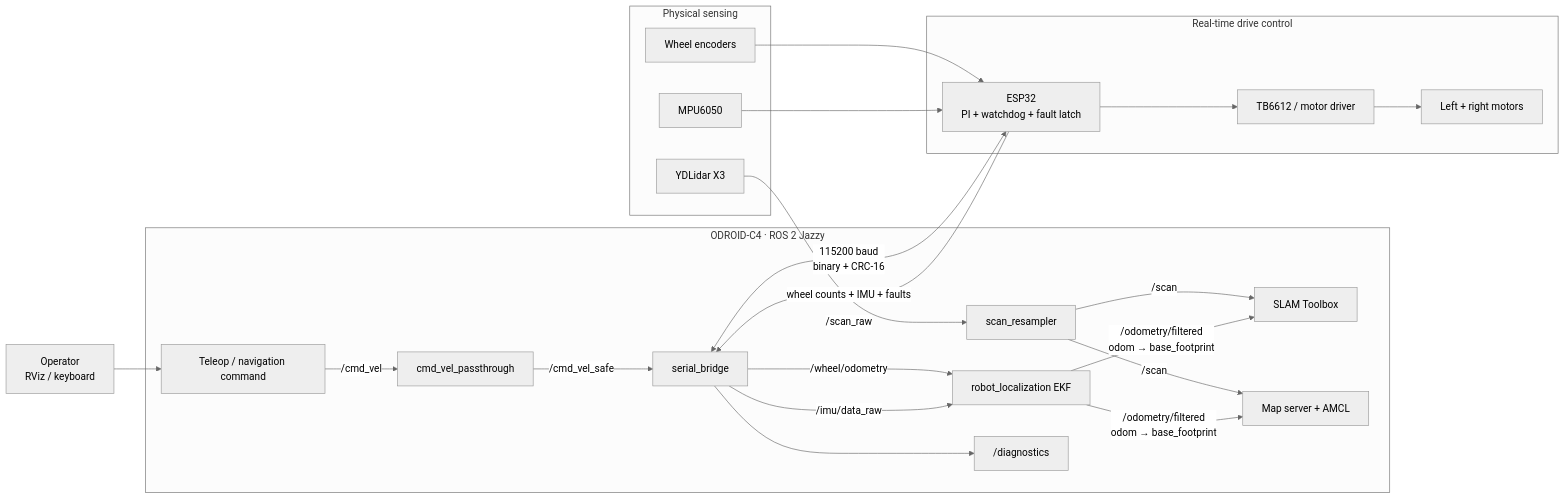
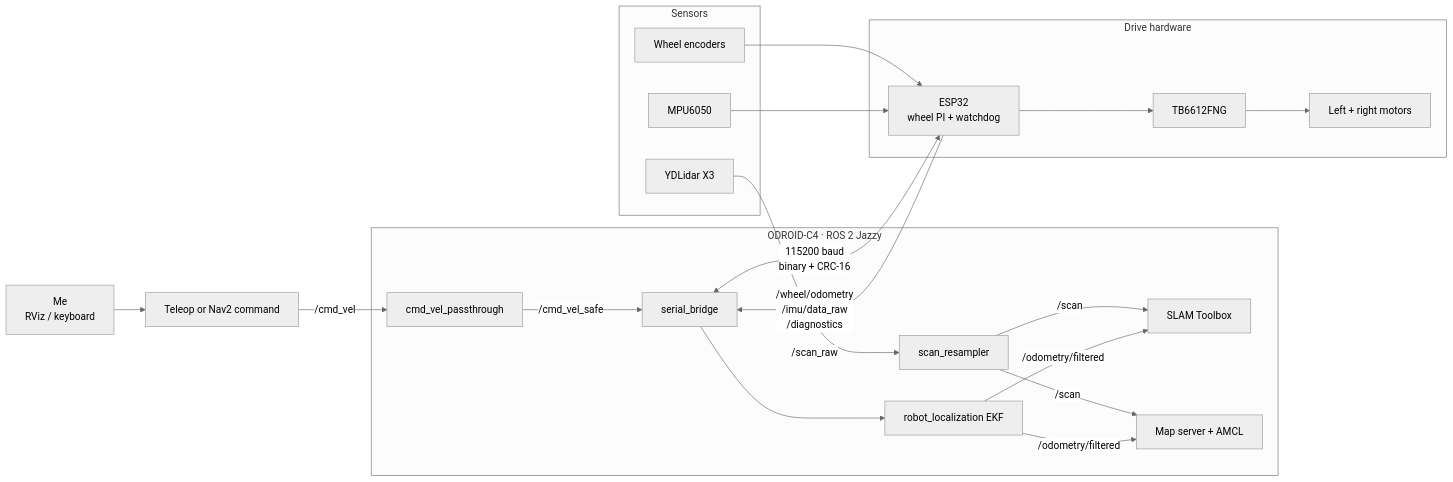
Before and after one commit to nattannsra18/amr-base-driver: the first of 3 diagrams in README.md, drawn with Mermaid (neutral theme). The commit also changed other lines of this file, not shown here.

````diff
--- a/README.md
+++ b/README.md
@@ -46,46 +43,39 @@
 ```mermaid
 flowchart LR
-  operator["Operator<br/>RViz / keyboard"]
+  user["Me<br/>RViz / keyboard"] --> command["Teleop or Nav2 command"]
 
   subgraph odroid["ODROID-C4 · ROS 2 Jazzy"]
-    teleop["Teleop / navigation command"]
     relay["cmd_vel_passthrough"]
     bridge["serial_bridge"]
     resampler["scan_resampler"]
     ekf["robot_localization EKF"]
     slam["SLAM Toolbox"]
     amcl["Map server + AMCL"]
-    diagnostics["/diagnostics"]
   end
 
-  subgraph sensors["Physical sensing"]
+  subgraph sensors["Sensors"]
     lidar["YDLidar X3"]
-    encoders["Wheel encoders"]
+    encoder["Wheel encoders"]
     imu["MPU6050"]
   end
 
-  subgraph control["Real-time drive control"]
-    esp32["ESP32<br/>PI + watchdog + fault latch"]
-    driver["TB6612 / motor driver"]
+  subgraph drive["Drive hardware"]
+    esp32["ESP32<br/>wheel PI + watchdog"]
+    driver["TB6612FNG"]
     motors["Left + right motors"]
   end
 
-  operator --> teleop
-  teleop -->|"/cmd_vel"| relay
+  command -->|"/cmd_vel"| relay
   relay -->|"/cmd_vel_safe"| bridge
   bridge <-->|"115200 baud<br/>binary + CRC-16"| esp32
   esp32 --> driver --> motors
-
-  encoders --> esp32
+  encoder --> esp32
   imu --> esp32
-  esp32 -->|"wheel counts + IMU + faults"| bridge
-  bridge -->|"/wheel/odometry"| ekf
-  bridge -->|"/imu/data_raw"| ekf
-  bridge --> diagnostics
-
+  esp32 -->|"/wheel/odometry<br/>/imu/data_raw<br/>/diagnostics"| bridge
+  bridge --> ekf
   lidar -->|"/scan_raw"| resampler
   resampler -->|"/scan"| slam
   resampler -->|"/scan"| amcl
-  ekf -->|"/odometry/filtered<br/>odom → base_footprint"| slam
-  ekf -->|"/odometry/filtered<br/>odom → base_footprint"| amcl
+  ekf -->|"/odometry/filtered"| slam
+  ekf -->|"/odometry/filtered"| amcl
 ```
````
